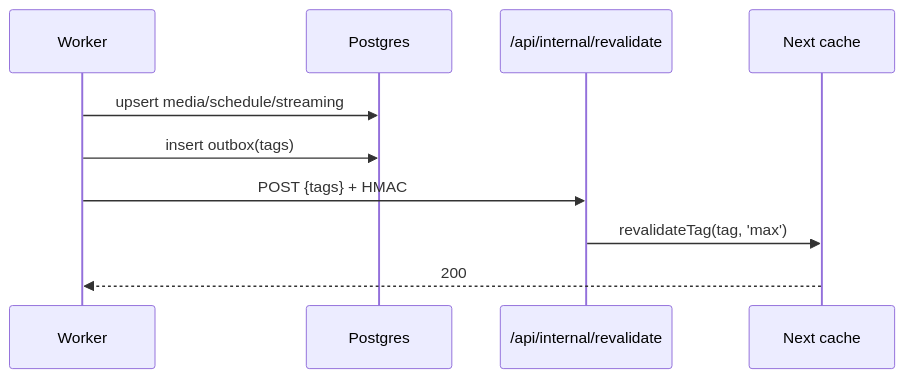
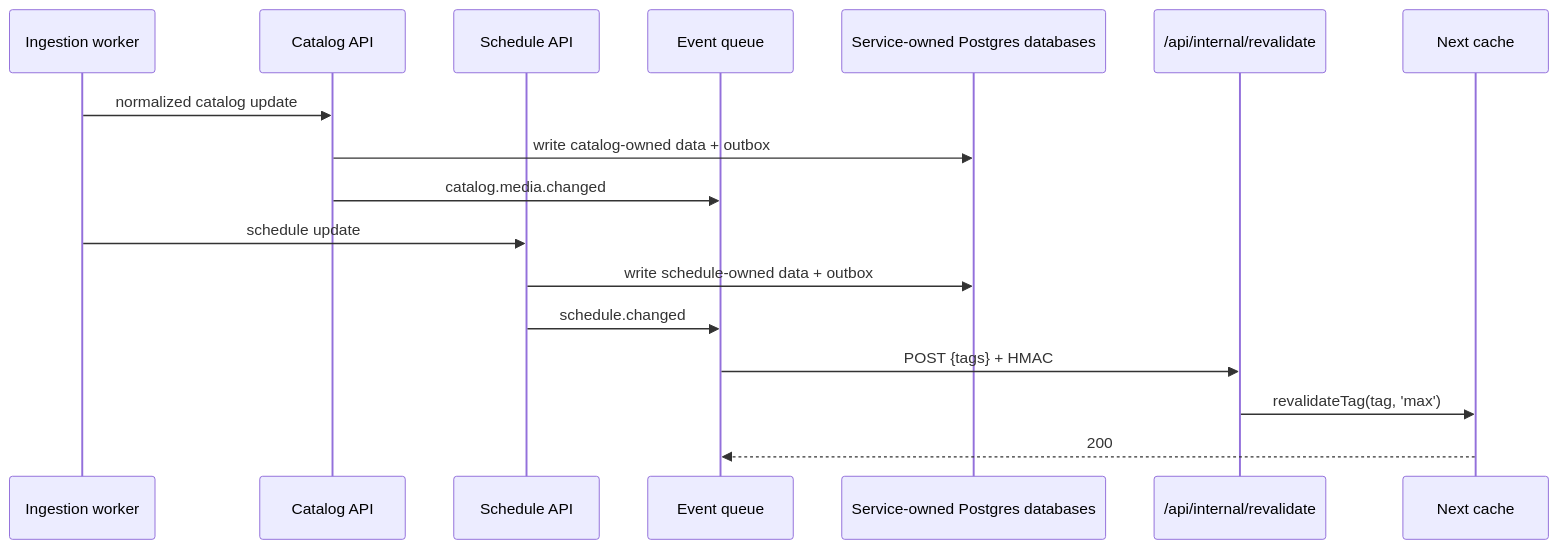
Before and after one commit to yepikazo/nimelist: the diagram in docs/plan/02-information-architecture.md, drawn with Mermaid. The commit also changed other lines of this file and 42 other files, not shown here.

````diff
--- a/docs/plan/02-information-architecture.md
+++ b/docs/plan/02-information-architecture.md
@@ -231,12 +231,19 @@
 ```mermaid
 sequenceDiagram
-  participant W as Worker
-  participant DB as Postgres
+  participant W as Ingestion worker
+  participant C as Catalog API
+  participant S as Schedule API
+  participant Q as Event queue
+  participant DB as Service-owned Postgres databases
   participant API as /api/internal/revalidate
   participant N as Next cache
-  W->>DB: upsert media/schedule/streaming
-  W->>DB: insert outbox(tags)
-  W->>API: POST {tags} + HMAC
+  W->>C: normalized catalog update
+  C->>DB: write catalog-owned data + outbox
+  C->>Q: catalog.media.changed
+  W->>S: schedule update
+  S->>DB: write schedule-owned data + outbox
+  S->>Q: schedule.changed
+  Q->>API: POST {tags} + HMAC
   API->>N: revalidateTag(tag, 'max')
-  N-->>W: 200
+  N-->>Q: 200
 ```
````
